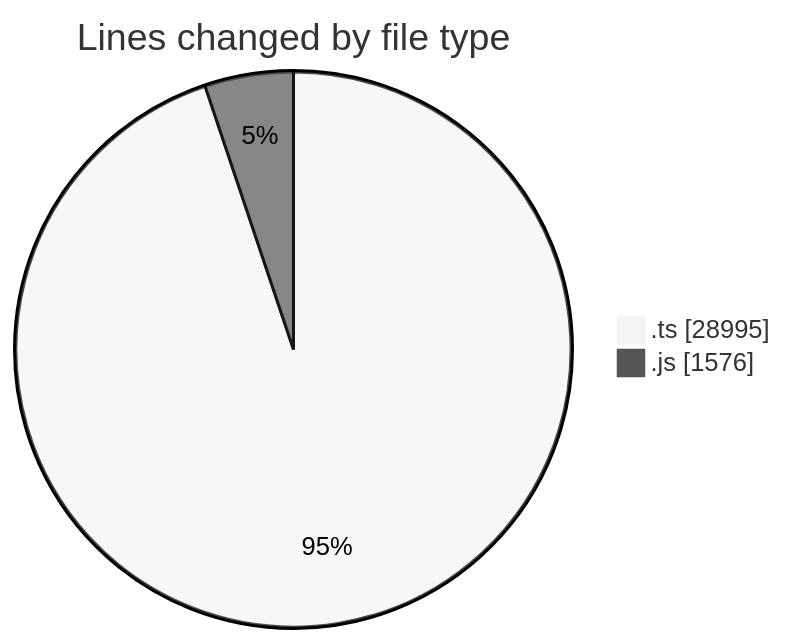
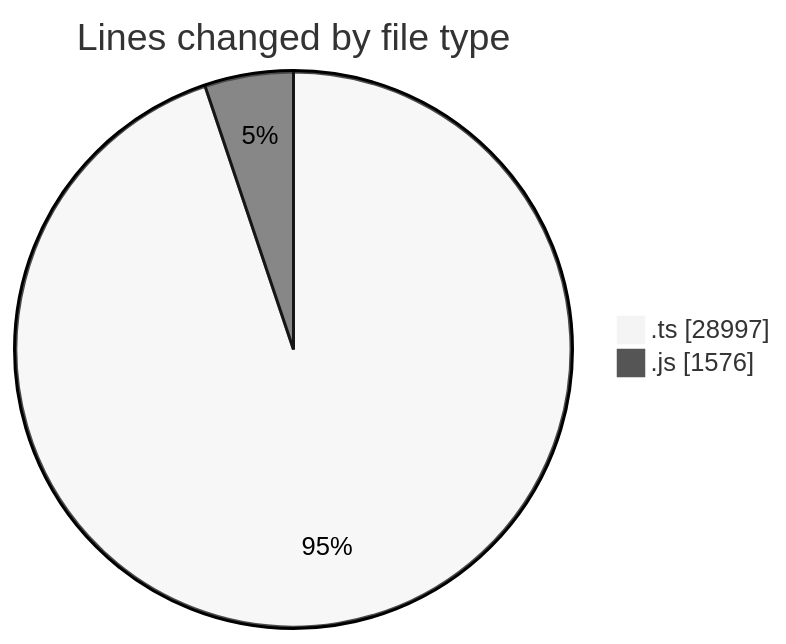
The first of 2 diagrams in 2025-06-26/cda/README.md (momahboobian/code-tracking), drawn with Mermaid (neutral theme) before and after one commit. The commit also changed other lines of this file and 1 other file, not shown here.

````diff
--- a/2025-06-26/cda/README.md
+++ b/2025-06-26/cda/README.md
@@ -30,6 +30,6 @@
 ```mermaid
 pie showData
 title Lines changed by file type
-".ts" : 28995
+".ts" : 28997
 ".js" : 1576
 ```
````
